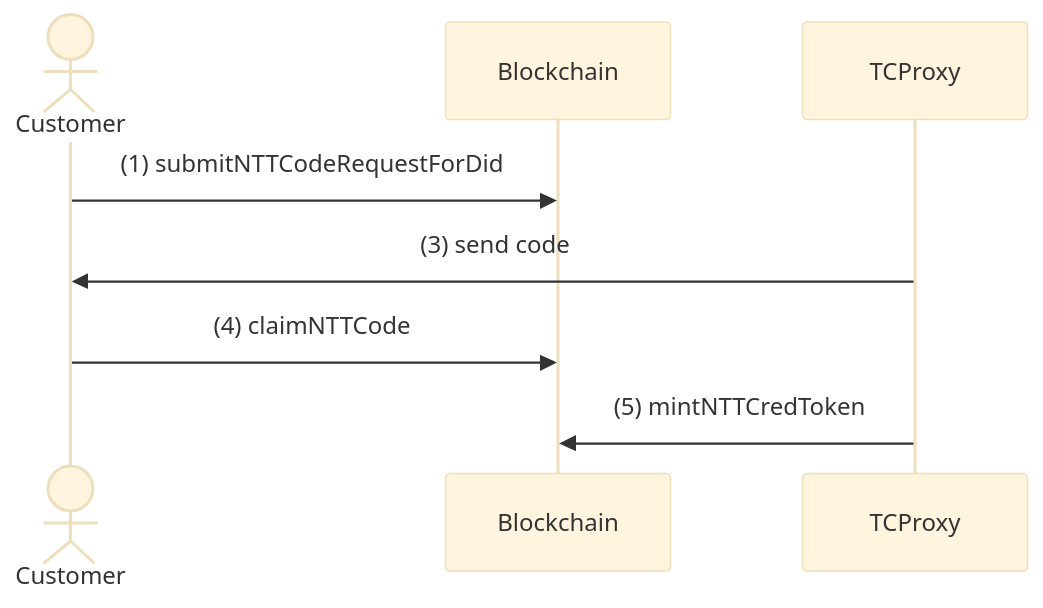
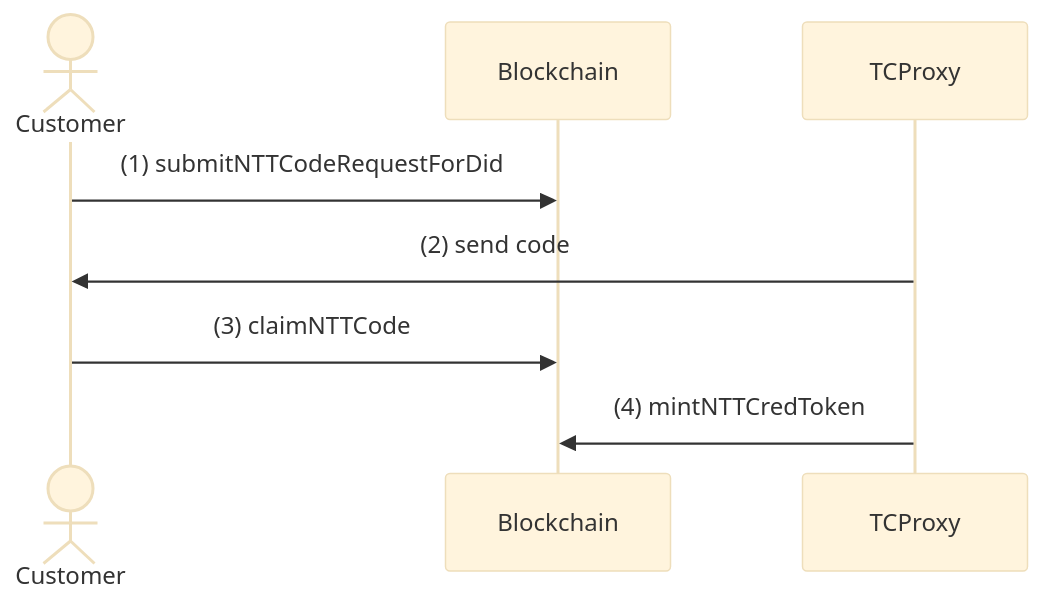
Before and after one commit to zakaio/cardano-tokens-and-credentials: the fifth of 6 diagrams in docs/Flow.md, drawn with Mermaid (base theme).

````diff
--- a/docs/Flow.md
+++ b/docs/Flow.md
@@ -76,10 +76,10 @@
 ```mermaid
 sequenceDiagram
 actor Customer
 
 Customer ->> Blockchain: (1) submitNTTCodeRequestForDid
-TCProxy ->> Customer: (3)  send code
-Customer ->> Blockchain: (4)  claimNTTCode
-TCProxy ->> Blockchain: (5) mintNTTCredToken
+TCProxy ->> Customer: (2)  send code
+Customer ->> Blockchain: (3)  claimNTTCode
+TCProxy ->> Blockchain: (4) mintNTTCredToken
 
 ```
````
